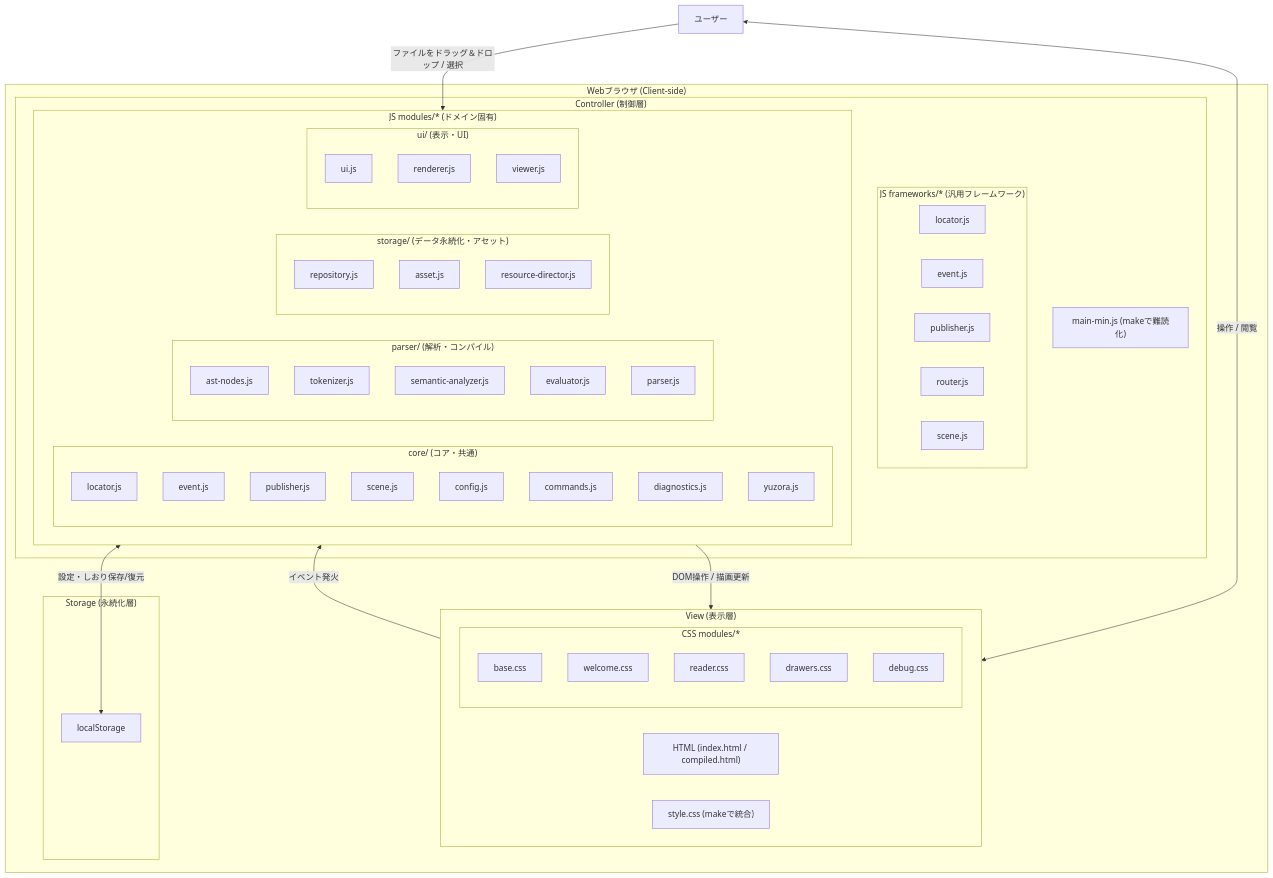
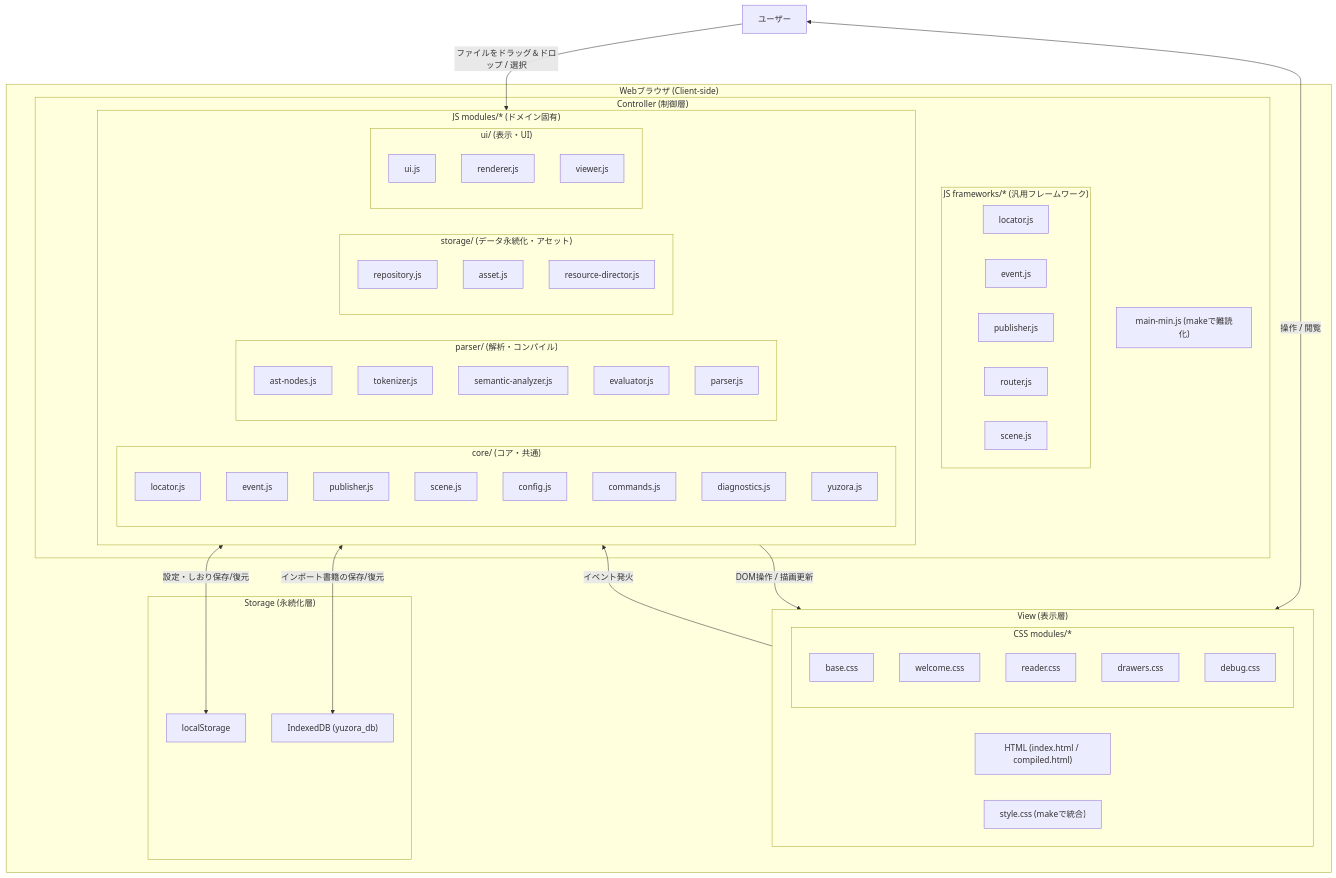
Before and after one commit to rokujyouhitoma/yuzora: the first of 4 diagrams in docs/designs/DSN-01-high_level_design.md, drawn with Mermaid. The commit also changed other lines of this file and 18 other files, not shown here.

````diff
--- a/docs/designs/DSN-01-high_level_design.md
+++ b/docs/designs/DSN-01-high_level_design.md
@@ -13,66 +13,68 @@
 ```mermaid
 graph TD
     subgraph Browser["Webブラウザ (Client-side)"]
         subgraph View["View (表示層)"]
             HTML["HTML (index.html / compiled.html)"]
             subgraph CSSModules["CSS modules/*"]
                 CSS_Base["base.css"]
                 CSS_Welcome["welcome.css"]
                 CSS_Reader["reader.css"]
                 CSS_Drawers["drawers.css"]
                 CSS_Debug["debug.css"]
             end
             CSS_Bundle["style.css (makeで統合)"]
         end
         
         subgraph Controller["Controller (制御層)"]
             subgraph JSFrameworks["JS frameworks/* (汎用フレームワーク)"]
                 JS_F_Locator["locator.js"]
                 JS_F_Event["event.js"]
                 JS_F_Publisher["publisher.js"]
                 JS_F_Router["router.js"]
                 JS_F_Scene["scene.js"]
             end
             subgraph JSModules["JS modules/* (ドメイン固有)"]
                 subgraph JS_M_Core["core/ (コア・共通)"]
                     JS_Locator["locator.js"]
                     JS_Event["event.js"]
                     JS_Publisher["publisher.js"]
                     JS_Scene["scene.js"]
                     JS_Config["config.js"]
                     JS_Cmds["commands.js"]
                     JS_Diag["diagnostics.js"]
                     JS_Yuzora["yuzora.js"]
                 end
                 subgraph JS_M_Parser["parser/ (解析・コンパイル)"]
                     JS_ASTNodes["ast-nodes.js"]
                     JS_Tokenizer["tokenizer.js"]
                     JS_Semantic["semantic-analyzer.js"]
                     JS_Evaluator["evaluator.js"]
                     JS_Parser["parser.js"]
                 end
                 subgraph JS_M_Storage["storage/ (データ永続化・アセット)"]
                     JS_Repository["repository.js"]
                     JS_Asset["asset.js"]
                     JS_Resource["resource-director.js"]
                 end
                 subgraph JS_M_UI["ui/ (表示・UI)"]
                     JS_UI["ui.js"]
                     JS_Renderer["renderer.js"]
                     JS_Viewer["viewer.js"]
                 end
             end
             JS_Bundle["main-min.js (makeで難読化)"]
         end
         
         subgraph Storage["Storage (永続化層)"]
             LocalStorage["localStorage"]
+            IndexedDB["IndexedDB (yuzora_db)"]
         end
     end
     
     User["ユーザー"] <-->|"操作 / 閲覧"| View
     View -->|"イベント発火"| JSModules
     JSModules -->|"DOM操作 / 描画更新"| View
     JSModules <-->|"設定・しおり保存/復元"| LocalStorage
+    JSModules <-->|"インポート書籍の保存/復元"| IndexedDB
     User -->|"ファイルをドラッグ＆ドロップ / 選択"| JSModules
 ```
````
